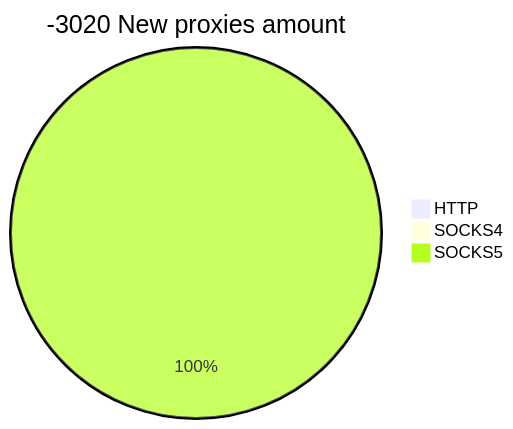
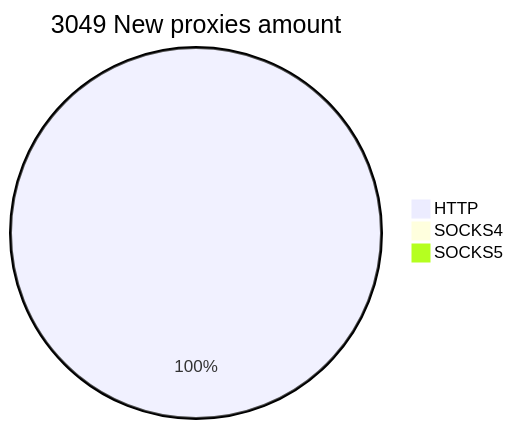
One commit to cutipu/proxylist changed the second of 2 diagrams in README.md. Above: the diagram before and after it, drawn with Mermaid. The commit also changed other lines of this file, not shown here.

````diff
--- a/README.md
+++ b/README.md
@@ -10,6 +10,6 @@
 ```mermaid
-pie title -3020 New proxies amount
-    "HTTP" : 0
-    "SOCKS4" : 0
-    "SOCKS5" : 49
+pie title 3049 New proxies amount
+    "HTTP" : 3049
+    "SOCKS4" : 2
+    "SOCKS5" : 0
 ```
````
